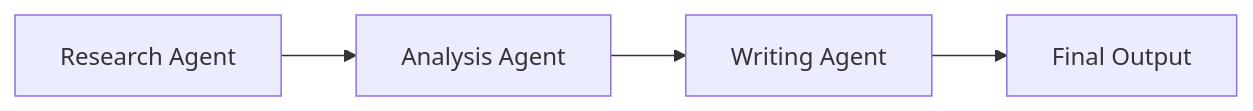
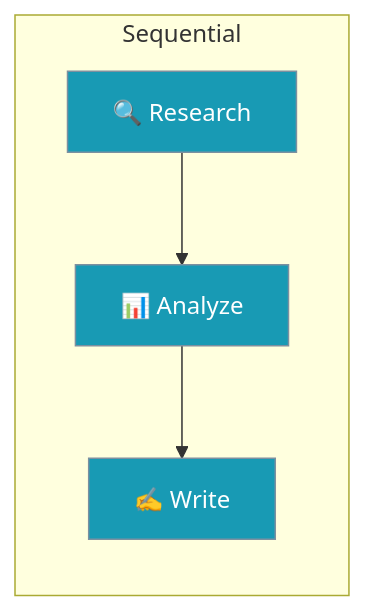
The second of 5 diagrams in docs/course/agents/07-multi-agent-systems.mdx (MervinPraison/PraisonAIDocs), drawn with Mermaid before and after one commit. The commit also changed other lines of this file and 21 other files, not shown here.

Commit message:
refactor: streamline agent course documentation with concise examples, visual diagrams, and improved navigation.

````diff
--- a/docs/course/agents/07-multi-agent-systems.mdx
+++ b/docs/course/agents/07-multi-agent-systems.mdx
@@ -30,6 +75,9 @@
 ```mermaid
 graph LR
-    A[Research Agent] --> B[Analysis Agent]
-    B --> C[Writing Agent]
-    C --> D[Final Output]
+    subgraph "Sequential"
+        A[🔍 Research] --> B[📊 Analyze] --> C[✍️ Write]
+    end
+    
+    classDef step fill:#189AB4,stroke:#7C90A0,color:#fff
+    class A,B,C step
 ```
````
